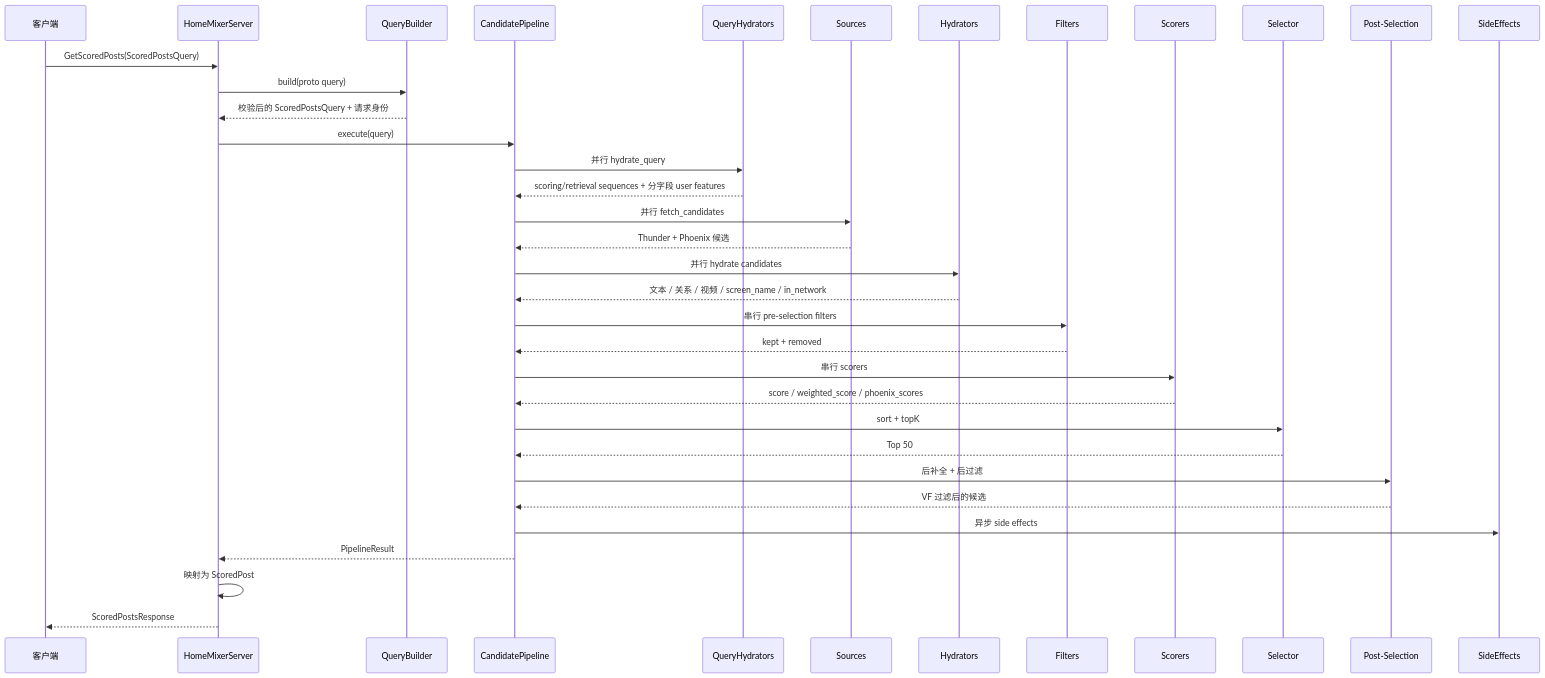
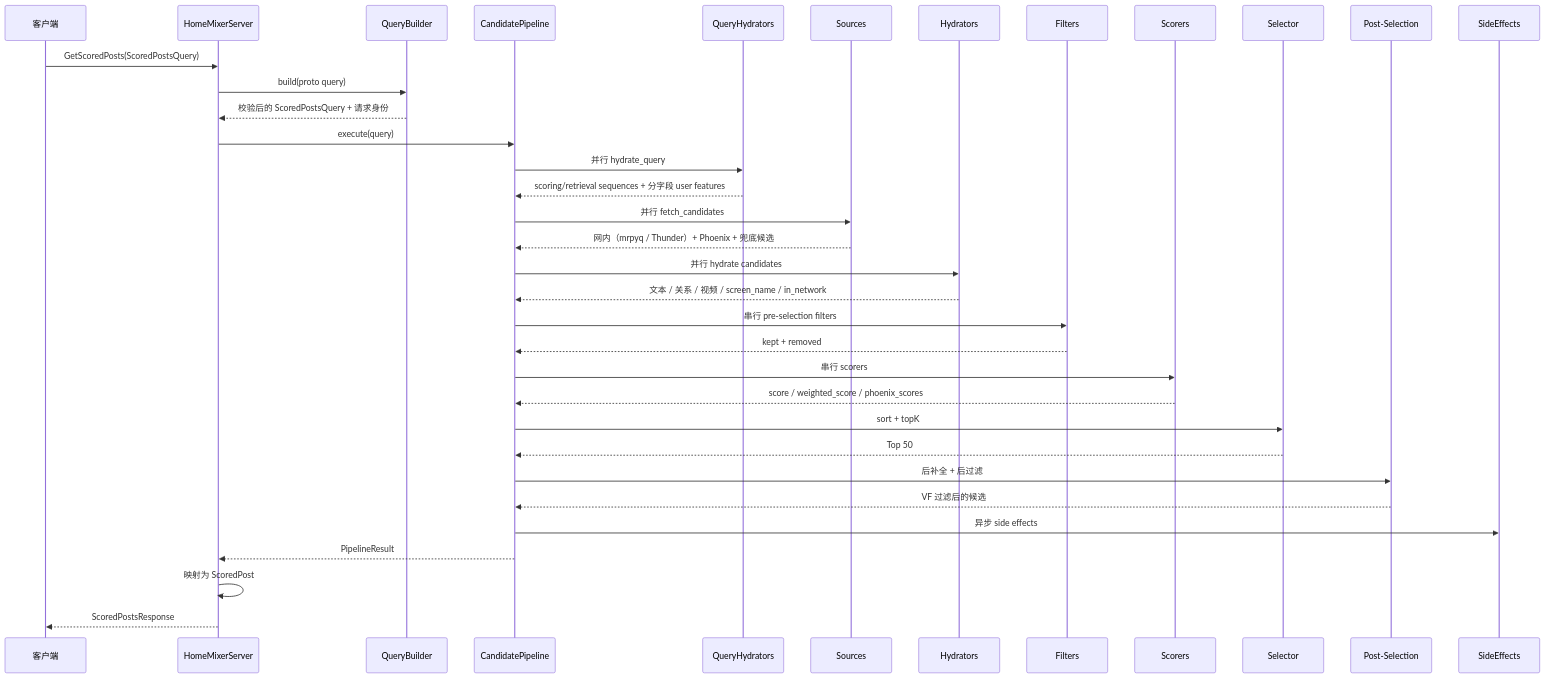
One commit to freefcw/x-algorithm changed the second of 3 diagrams in docs/home-mixer/02-request-lifecycle.md. Above: the diagram before and after it, drawn with Mermaid. The commit also changed other lines of this file and 21 other files, not shown here.

````diff
--- a/docs/home-mixer/02-request-lifecycle.md
+++ b/docs/home-mixer/02-request-lifecycle.md
@@ -51,46 +51,46 @@
 ```mermaid
 sequenceDiagram
     participant Client as 客户端
     participant HM as HomeMixerServer
     participant QB as QueryBuilder
     participant CP as CandidatePipeline
     participant QH as QueryHydrators
     participant SRC as Sources
     participant HYD as Hydrators
     participant FIL as Filters
     participant SCO as Scorers
     participant SEL as Selector
     participant POST as Post-Selection
     participant SE as SideEffects
 
     Client->>HM: GetScoredPosts(ScoredPostsQuery)
     HM->>QB: build(proto query)
     QB-->>HM: 校验后的 ScoredPostsQuery + 请求身份
     HM->>CP: execute(query)
 
     CP->>QH: 并行 hydrate_query
     QH-->>CP: scoring/retrieval sequences + 分字段 user features
 
     CP->>SRC: 并行 fetch_candidates
-    SRC-->>CP: Thunder + Phoenix 候选
+    SRC-->>CP: 网内（mrpyq / Thunder）+ Phoenix + 兜底候选
 
     CP->>HYD: 并行 hydrate candidates
     HYD-->>CP: 文本 / 关系 / 视频 / screen_name / in_network
 
     CP->>FIL: 串行 pre-selection filters
     FIL-->>CP: kept + removed
 
     CP->>SCO: 串行 scorers
     SCO-->>CP: score / weighted_score / phoenix_scores
 
     CP->>SEL: sort + topK
     SEL-->>CP: Top 50
 
     CP->>POST: 后补全 + 后过滤
     POST-->>CP: VF 过滤后的候选
 
     CP->>SE: 异步 side effects
     CP-->>HM: PipelineResult
     HM->>HM: 映射为 ScoredPost
     HM-->>Client: ScoredPostsResponse
 ```
````
